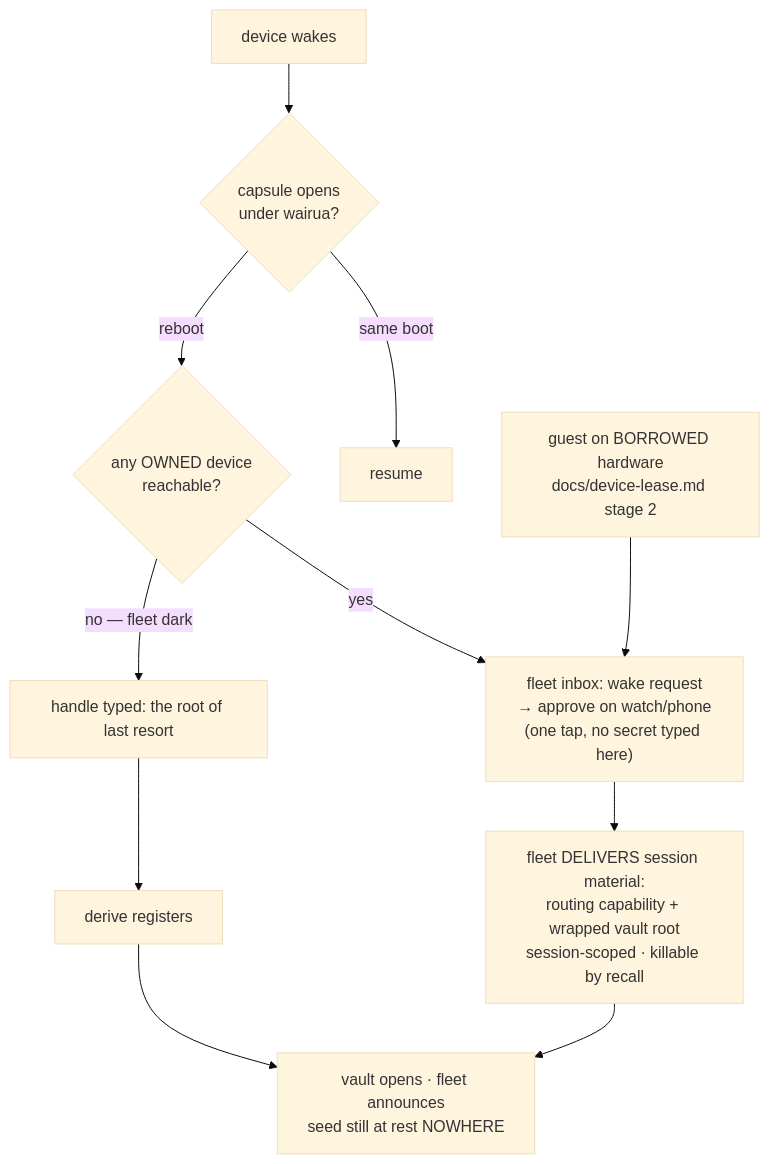
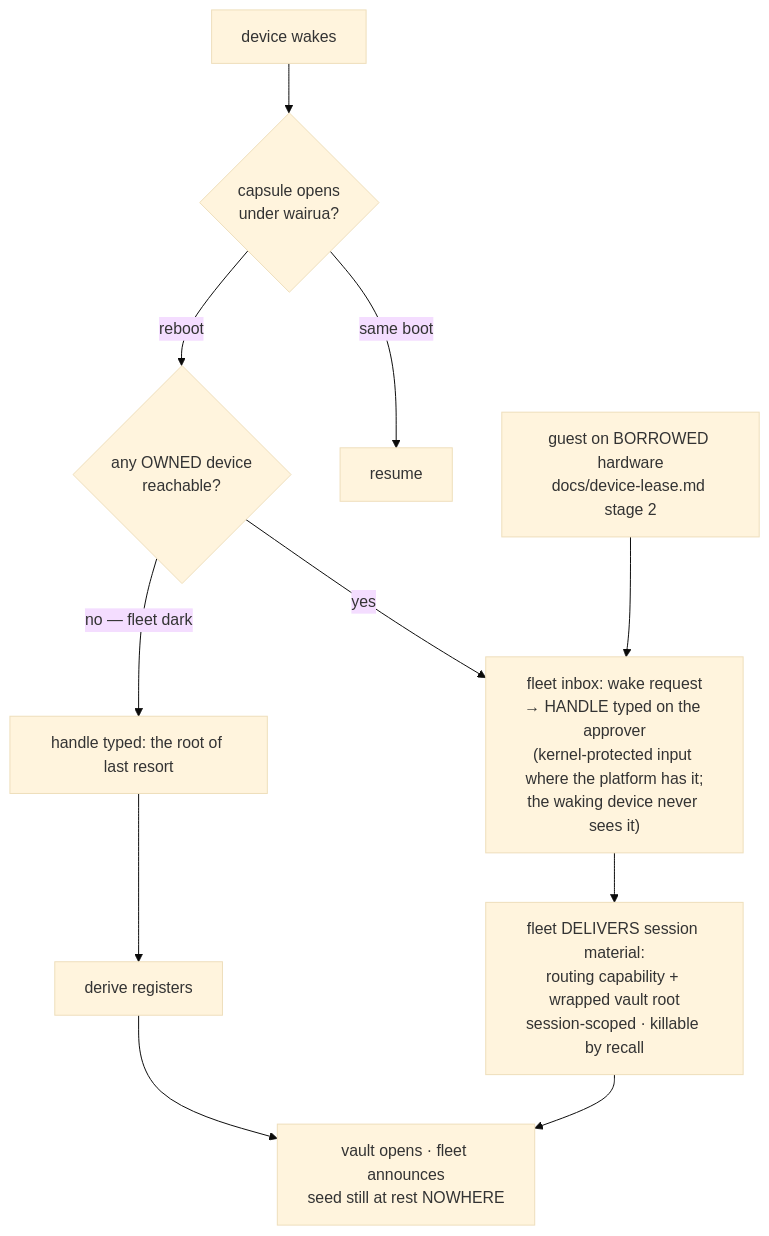
The second of 2 diagrams in docs/key-custody.md (nickspiker/photon), drawn with Mermaid (base theme) before and after one commit. The commit also changed other lines of this file and 1 other file, not shown here.

First line of the commit message:
key custody: the knowledge factor is non-negotiable — the fleet rung moves WHERE the handle is typed, never whether

````diff
--- a/docs/key-custody.md
+++ b/docs/key-custody.md
@@ -34,12 +38,12 @@
 ```mermaid
 flowchart TD
     W[device wakes] --> C{capsule opens\nunder wairua?}
     C -- "same boot" --> R[resume]
     C -- reboot --> F{any OWNED device\nreachable?}
-    F -- yes --> A["fleet inbox: wake request\n→ approve on watch/phone\n(one tap, no secret typed here)"]
+    F -- yes --> A["fleet inbox: wake request\n→ HANDLE typed on the approver\n(kernel-protected input where the platform has it;\nthe waking device never sees it)"]
     A --> S["fleet DELIVERS session material:\nrouting capability + wrapped vault root\nsession-scoped · killable by recall"]
     S --> V[vault opens · fleet announces\nseed still at rest NOWHERE]
     F -- "no — fleet dark" --> H[handle typed: the root of last resort]
     H --> D[derive registers] --> V
     G[guest on BORROWED hardware\ndocs/device-lease.md stage 2] --> A
 ```
````
